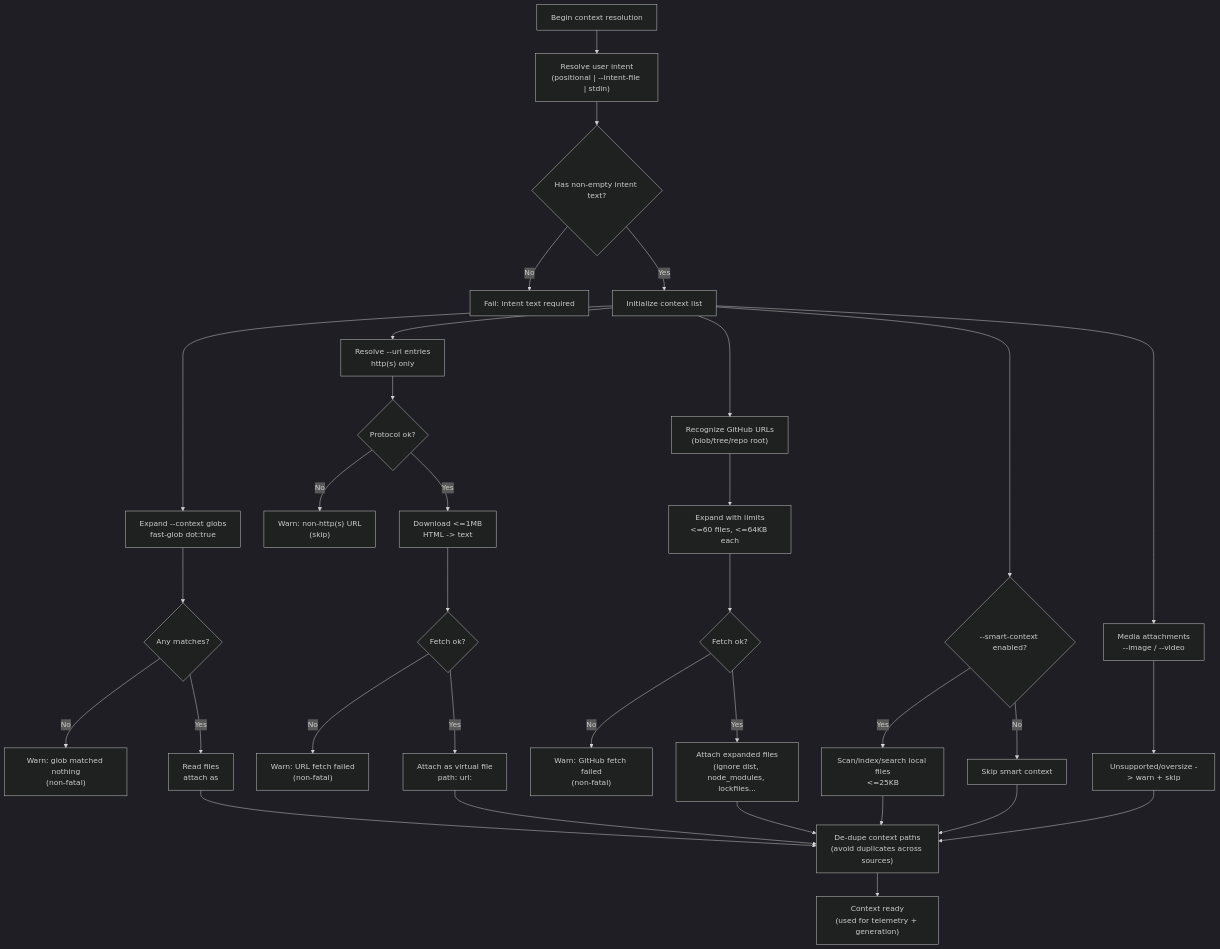
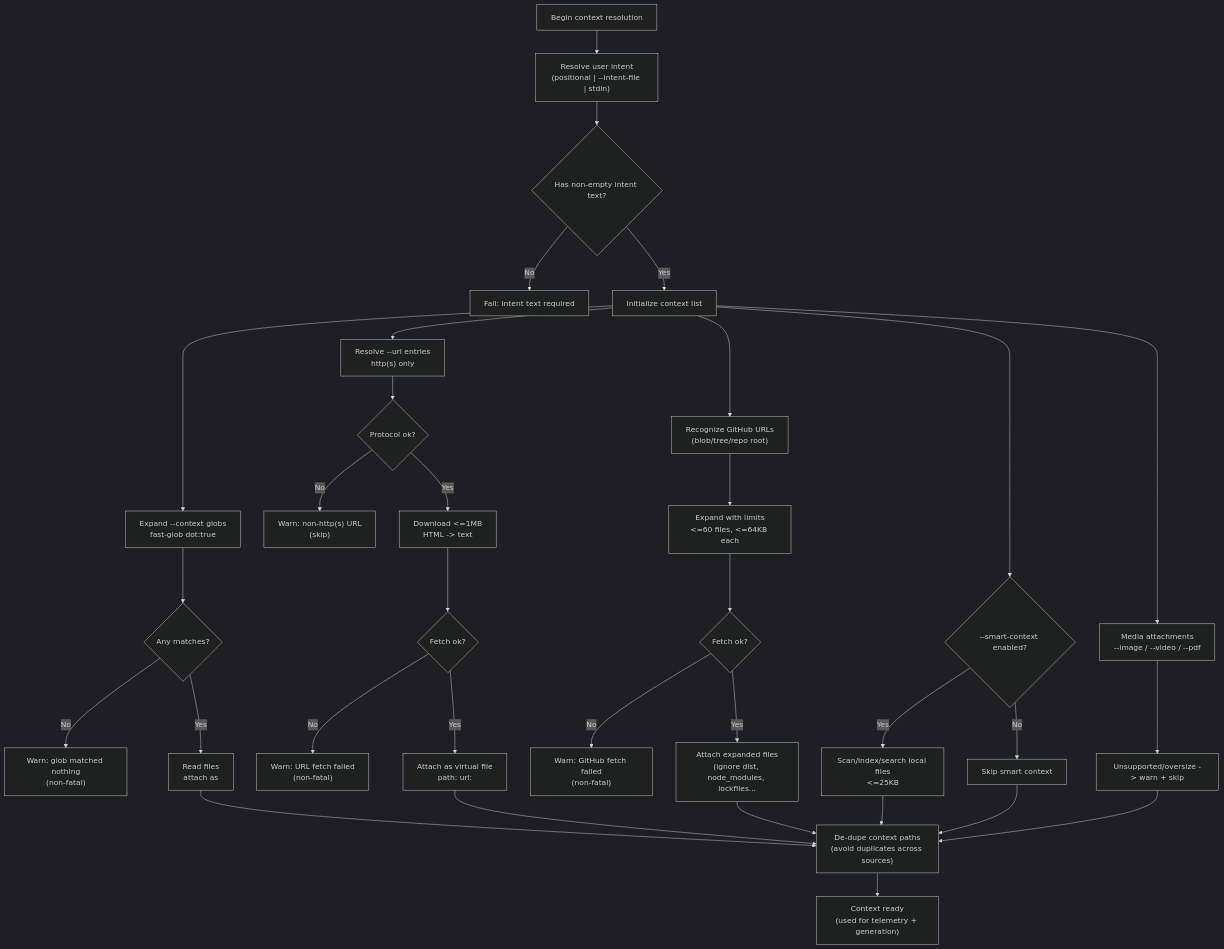
Before and after one commit to edward-r/prompt-maker: the sixth of 14 diagrams in README.md, drawn with Mermaid (dark theme). The commit also changed other lines of this file and 66 other files, not shown here.

````diff
--- a/README.md
+++ b/README.md
@@ -604,43 +605,43 @@
 ```mermaid
 flowchart TD
   A[Begin context resolution] --> B["Resolve user intent<br>(positional | --intent-file | stdin)"]
 
   B --> C{Has non-empty intent text?}
   C -- No --> F[Fail: intent text required]
   C -- Yes --> D[Initialize context list]
 
   D --> E1[Expand --context globs<br>fast-glob dot:true]
   E1 --> E1M{Any matches?}
   E1M -- No --> W1["Warn: glob matched nothing<br>(non-fatal)"]
   E1M -- Yes --> E1R[Read files<br>attach as <file path="...">]
 
   D --> E2["Resolve --url entries<br>http(s) only"]
   E2 --> E2P{Protocol ok?}
   E2P -- No --> W2["Warn: non-http(s) URL<br>(skip)"]
   E2P -- Yes --> E2D[Download <=1MB<br>HTML -> text]
   E2D --> E2OK{Fetch ok?}
   E2OK -- No --> W3["Warn: URL fetch failed<br>(non-fatal)"]
   E2OK -- Yes --> E2R[Attach as virtual file<br>path: url:<url>]
 
   D --> E3["Recognize GitHub URLs<br>(blob/tree/repo root)"]
   E3 --> E3R["Expand with limits<br><=60 files, <=64KB each"]
   E3R --> E3OK{Fetch ok?}
   E3OK -- No --> W4["Warn: GitHub fetch failed<br>(non-fatal)"]
   E3OK -- Yes --> E3A["Attach expanded files<br>(ignore dist, node_modules, lockfiles..."]
 
   D --> E4{--smart-context enabled?}
   E4 -- No --> SKIPSC[Skip smart context]
   E4 -- Yes --> SC[Scan/index/search local files<br><=25KB]
 
-  D --> E5[Media attachments<br>--image / --video]
+  D --> E5[Media attachments<br>--image / --video / --pdf]
   E5 --> E5W[Unsupported/oversize -> warn + skip]
 
   E1R --> MERGE["De-dupe context paths<br>(avoid duplicates across sources)"]
   E2R --> MERGE
   E3A --> MERGE
   SC --> MERGE
   SKIPSC --> MERGE
   E5W --> MERGE
 
   MERGE --> DONE["Context ready<br>(used for telemetry + generation)"]
 ```
````
